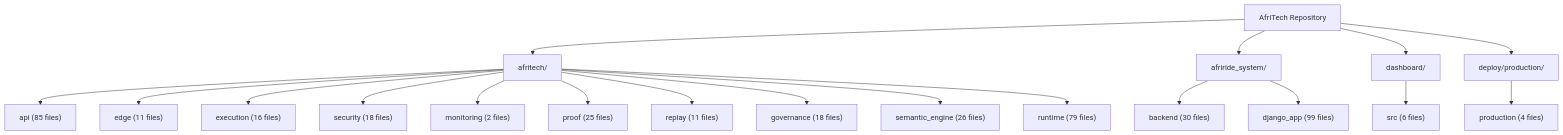
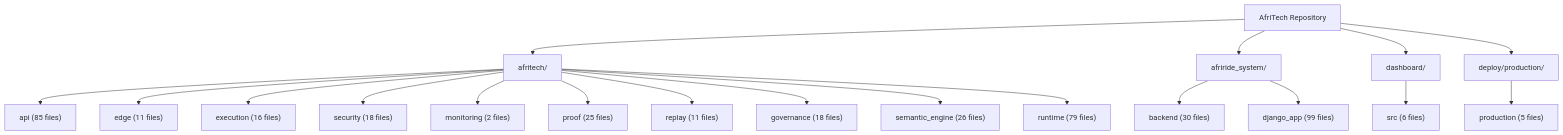
Before and after one commit to Strelly2023/afritelematics: the second of 2 diagrams in docs/architecture/AFRITECH_FULL_ARCHITECTURE_GRAPH.md, drawn with Mermaid. The commit also changed other lines of this file and 11 other files, not shown here.

````diff
--- a/docs/architecture/AFRITECH_FULL_ARCHITECTURE_GRAPH.md
+++ b/docs/architecture/AFRITECH_FULL_ARCHITECTURE_GRAPH.md
@@ -64,23 +64,23 @@
 ```mermaid
 flowchart TD
     Root["AfriTech Repository"] --> Core["afritech/"]
     Root --> Ride["afriride_system/"]
     Root --> Ui["dashboard/"]
     Root --> Deploy["deploy/production/"]
 
     Core --> Api["api (85 files)"]
     Core --> Edge["edge (11 files)"]
     Core --> Execution["execution (16 files)"]
     Core --> Security["security (18 files)"]
     Core --> Monitoring["monitoring (2 files)"]
     Core --> Proof["proof (25 files)"]
     Core --> Replay["replay (11 files)"]
     Core --> Governance["governance (18 files)"]
     Core --> Semantic["semantic_engine (26 files)"]
     Core --> Runtime["runtime (79 files)"]
 
     Ride --> Backend["backend (30 files)"]
     Ride --> Django["django_app (99 files)"]
     Ui --> Dashboard["src (6 files)"]
-    Deploy --> Production["production (4 files)"]
+    Deploy --> Production["production (5 files)"]
 ```
````
